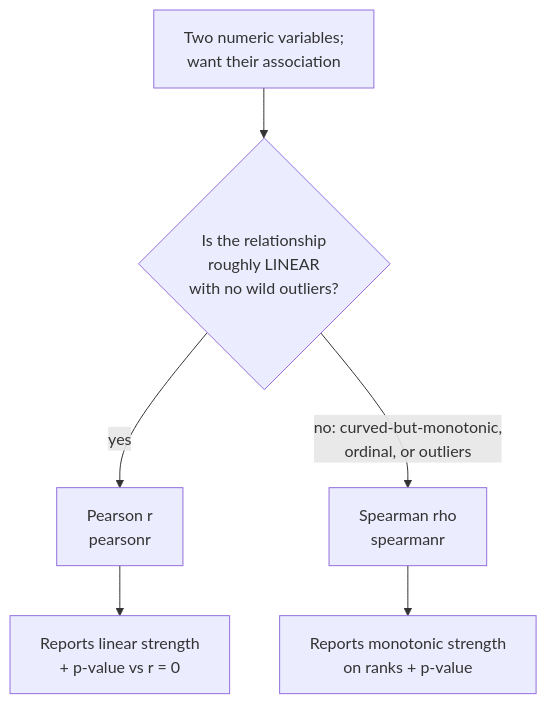
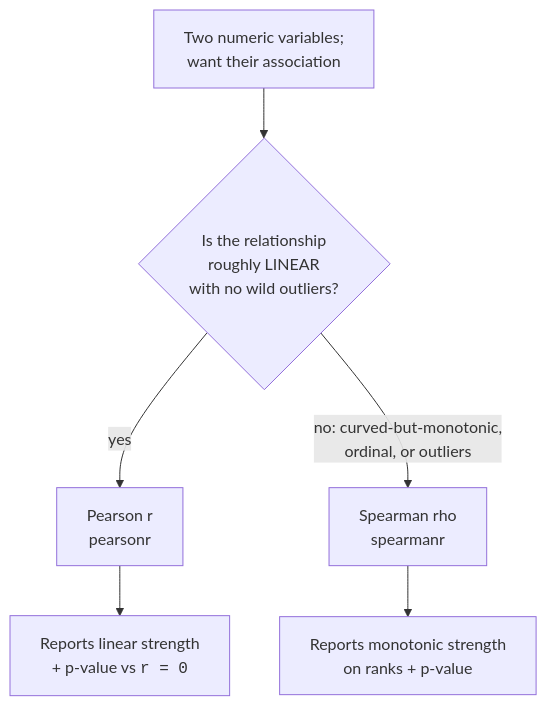
One commit to dataslope/dataslope changed the first of 2 diagrams in content/learn/statistics-for-data-science-python/correlation-and-nonparametric.mdx. Above: the diagram before and after it, drawn with Mermaid. The commit also changed 100 other files, not shown here.

First line of the commit message:
Wrap more code in diagram labels: filenames, hex, assignments, subgraph titles

````diff
--- a/content/learn/statistics-for-data-science-python/correlation-and-nonparametric.mdx
+++ b/content/learn/statistics-for-data-science-python/correlation-and-nonparametric.mdx
@@ -45,8 +45,8 @@
 ```mermaid
 flowchart TD
   A["Two numeric variables;<br/>want their association"] --> B{"Is the relationship<br/>roughly LINEAR<br/>with no wild outliers?"}
   B -->|"yes"| C["Pearson r<br/>pearsonr"]
   B -->|"no: curved-but-monotonic,<br/>ordinal, or outliers"| D["Spearman rho<br/>spearmanr"]
-  C --> E["Reports linear strength<br/>+ p-value vs r = 0"]
+  C --> E["Reports linear strength<br/>+ p-value vs <code>r = 0</code>"]
   D --> F["Reports monotonic strength<br/>on ranks + p-value"]
 ```
````
